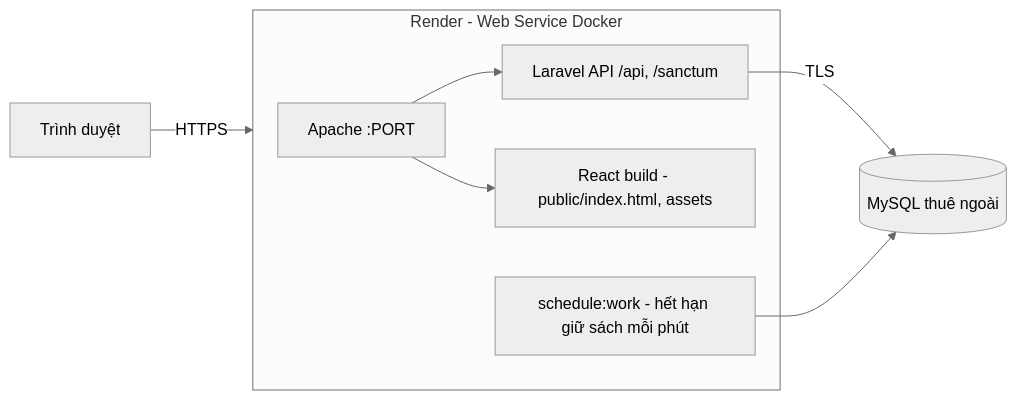
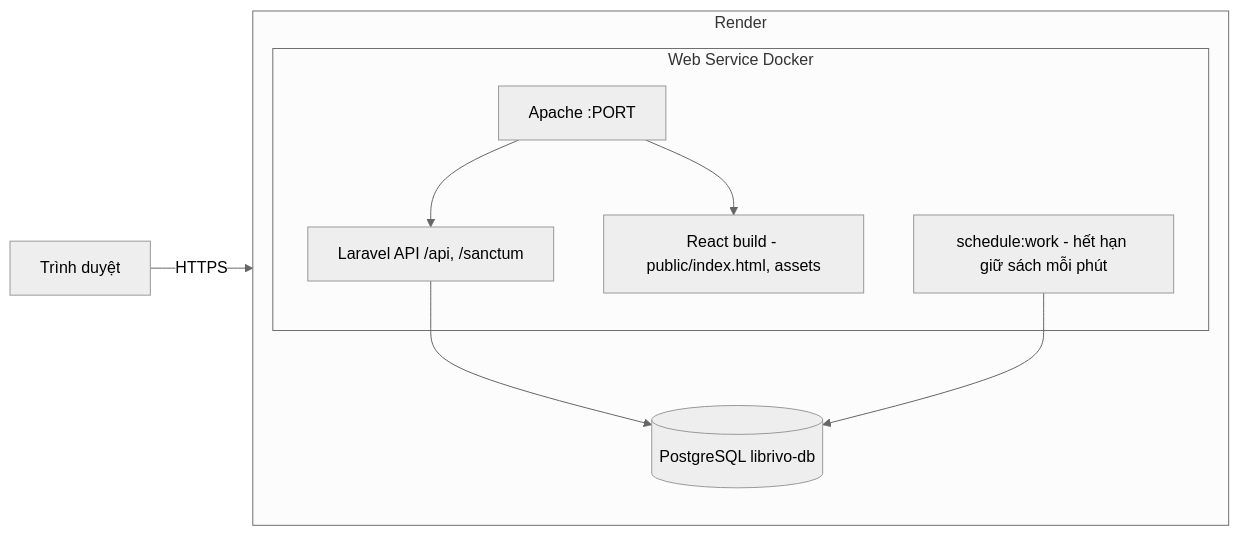
Before and after one commit to poro-sus/do_an_chuyen_nganh: the diagram in docs/DEPLOY-RENDER.md, drawn with Mermaid (neutral theme). The commit also changed other lines of this file and 10 other files, not shown here.

First line of the commit message:
feat(deploy): chuyển sang PostgreSQL của Render, giữ MySQL/SQLite chạy được

````diff
--- a/docs/DEPLOY-RENDER.md
+++ b/docs/DEPLOY-RENDER.md
@@ -5,11 +5,14 @@
 ```mermaid
 flowchart LR
     U[Trình duyệt] -->|HTTPS| R
-    subgraph R[Render - Web Service Docker]
-        A[Apache :PORT] --> L[Laravel API /api, /sanctum]
-        A --> S[React build - public/index.html, assets]
-        SC[schedule:work - hết hạn giữ sách mỗi phút]
+    subgraph R[Render]
+        subgraph W[Web Service Docker]
+            A[Apache :PORT] --> L[Laravel API /api, /sanctum]
+            A --> S[React build - public/index.html, assets]
+            SC[schedule:work - hết hạn giữ sách mỗi phút]
+        end
+        P[(PostgreSQL librivo-db)]
     end
-    L -->|TLS| M[(MySQL thuê ngoài)]
-    SC --> M
+    L --> P
+    SC --> P
 ```
````
